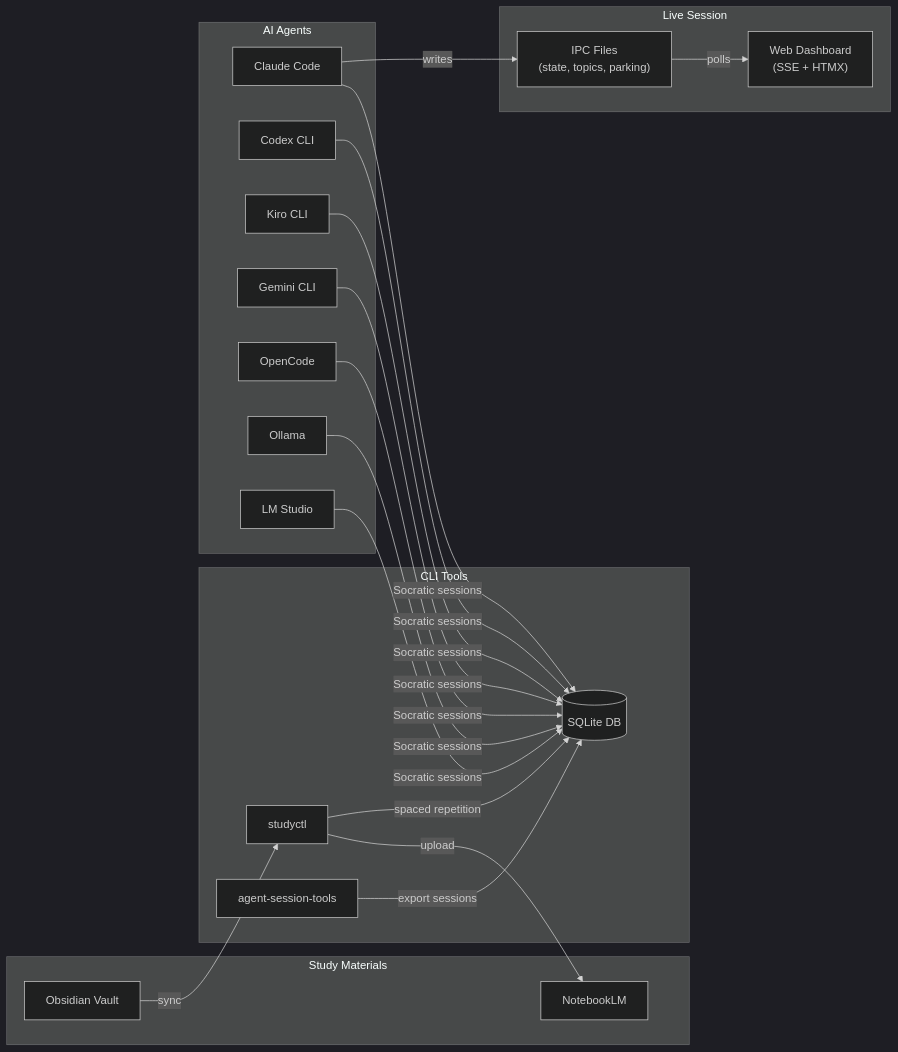
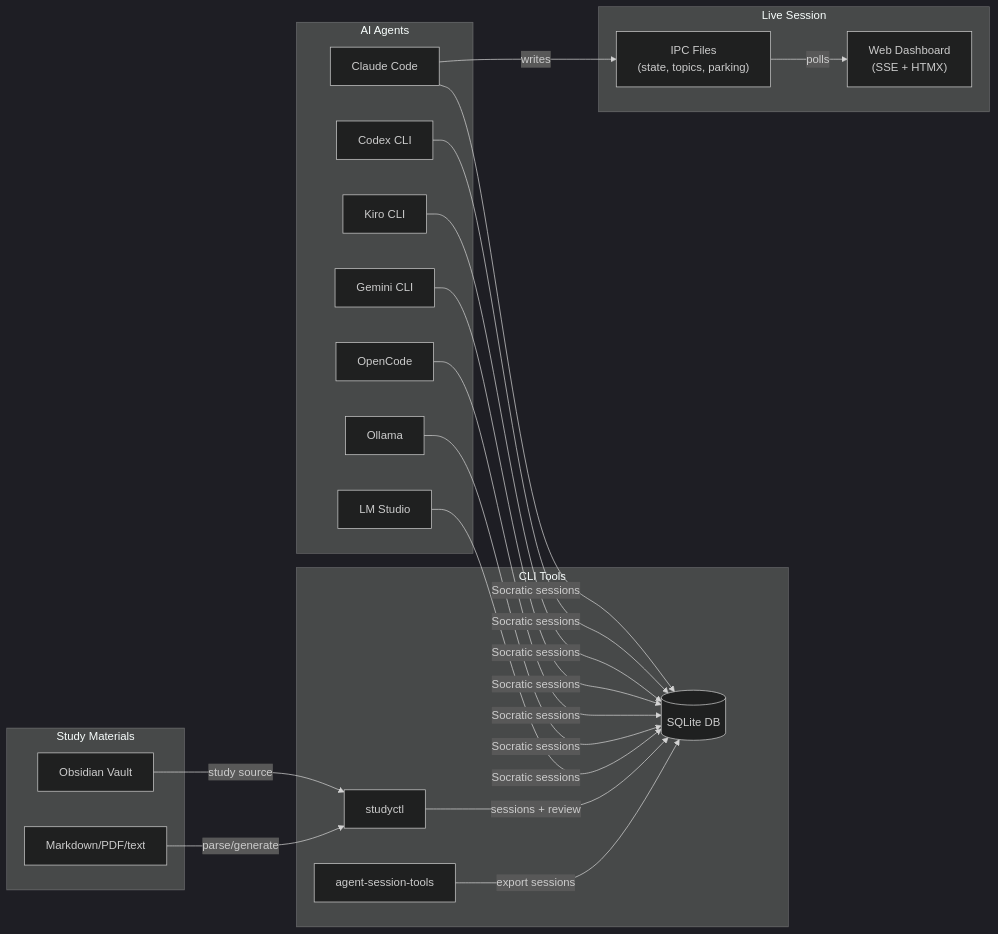
One commit to NetDevAutomate/StudyLoop changed the diagram in README.md. Above: the diagram before and after it, drawn with Mermaid (dark theme). The commit also changed other lines of this file and 44 other files, not shown here.

Commit message:
Document StudyLoop architecture and local study flow

````diff
--- a/README.md
+++ b/README.md
@@ -40,42 +40,42 @@
 ```mermaid
 graph LR
     subgraph "Study Materials"
         OB[Obsidian Vault]
-        NLM[NotebookLM]
+        SRC[Markdown/PDF/text]
     end
 
     subgraph "CLI Tools"
         SC[studyctl]
         AST[agent-session-tools]
         DB[(SQLite DB)]
     end
 
     subgraph "AI Agents"
         CA[Claude Code]
         CX[Codex CLI]
         KA[Kiro CLI]
         GA[Gemini CLI]
         OA[OpenCode]
         OL[Ollama]
         LM[LM Studio]
     end
 
     subgraph "Live Session"
         IPC["IPC Files<br/>(state, topics, parking)"]
         SSE["Web Dashboard<br/>(SSE + HTMX)"]
     end
 
-    OB -->|sync| SC
-    SC -->|upload| NLM
-    SC -->|spaced repetition| DB
+    OB -->|study source| SC
+    SRC -->|parse/generate| SC
+    SC -->|sessions + review| DB
     AST -->|export sessions| DB
     CA -->|Socratic sessions| DB
     CX -->|Socratic sessions| DB
     KA -->|Socratic sessions| DB
     GA -->|Socratic sessions| DB
     OA -->|Socratic sessions| DB
     OL -->|Socratic sessions| DB
     LM -->|Socratic sessions| DB
     CA -->|writes| IPC
     IPC -->|polls| SSE
 ```
````
